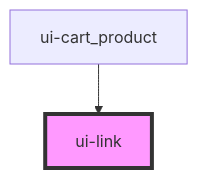
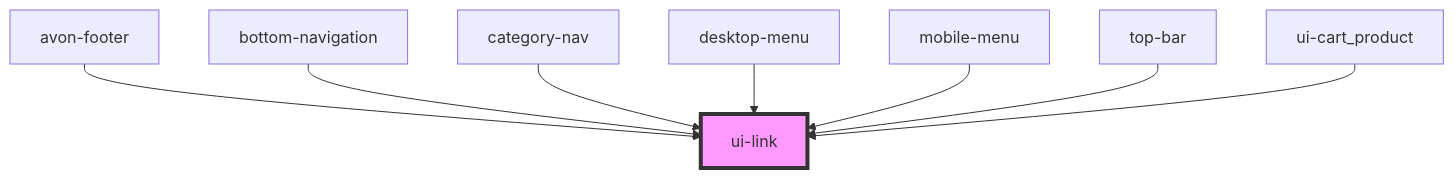
The diagram in src/components/ui-link/readme.md (ankitghanekar-hcl/ui-shared-web-components), drawn with Mermaid before and after one commit. The commit also changed other lines of this file and 18 other files, not shown here.

````diff
--- a/src/components/ui-link/readme.md
+++ b/src/components/ui-link/readme.md
@@ -25,5 +31,11 @@
 ```mermaid
 graph TD;
+  avon-footer --> ui-link
+  bottom-navigation --> ui-link
+  category-nav --> ui-link
+  desktop-menu --> ui-link
+  mobile-menu --> ui-link
+  top-bar --> ui-link
   ui-cart_product --> ui-link
   style ui-link fill:#f9f,stroke:#333,stroke-width:4px
 ```
````
